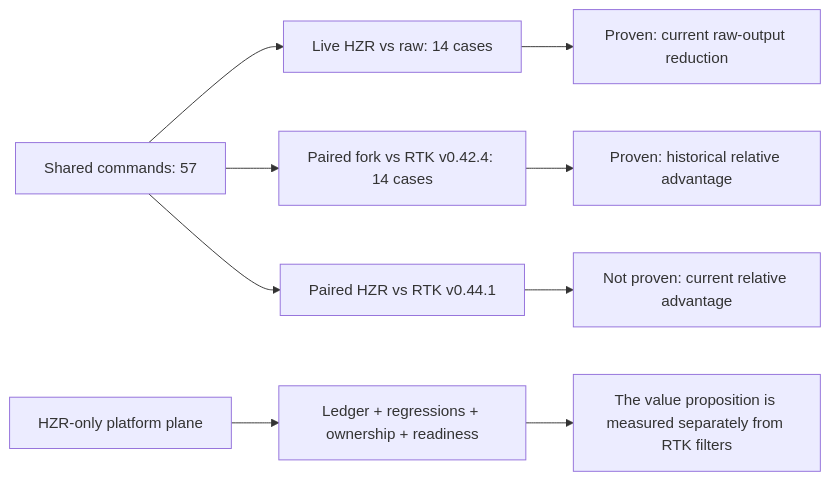
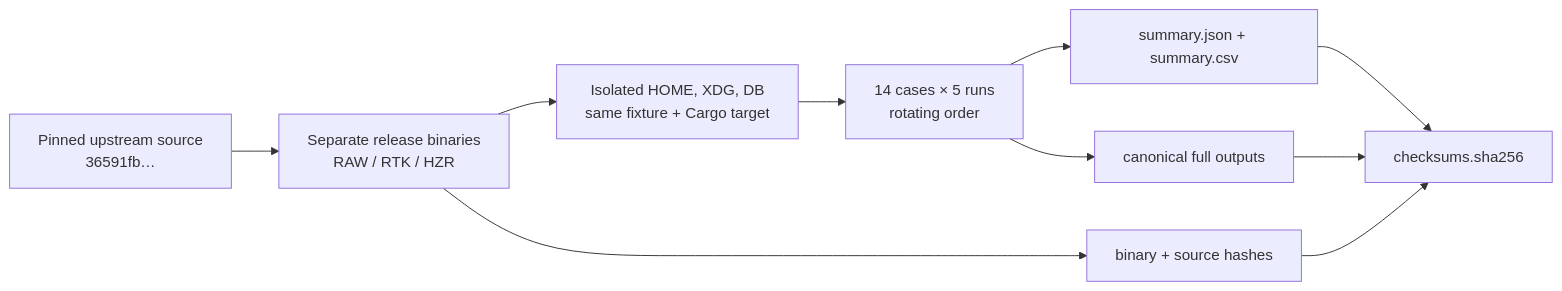
The first of 3 diagrams in PRD_BENCHMARK_HZR_VS_UPSTREAM_RTK.md (heAdz0r/hzr), drawn with Mermaid before and after one commit. The commit also changed other lines of this file and 178 other files, not shown here.

Commit message:
feat: ship HZR 0.3.0 control plane

````diff
--- a/PRD_BENCHMARK_HZR_VS_UPSTREAM_RTK.md
+++ b/PRD_BENCHMARK_HZR_VS_UPSTREAM_RTK.md
@@ -54,11 +32,12 @@
 ```mermaid
 flowchart LR
-    A["Shared commands: 57"] --> B["Live HZR vs raw: 14 cases"]
-    A --> C["Paired fork vs RTK v0.42.4: 14 cases"]
-    A --> D["Paired HZR vs RTK v0.44.1"]
-    B --> E["Proven: current raw-output reduction"]
-    C --> F["Proven: historical relative advantage"]
-    D --> G["Not proven: current relative advantage"]
-    H["HZR-only platform plane"] --> I["Ledger + regressions + ownership + readiness"]
-    I --> J["The value proposition is measured separately from RTK filters"]
+    S["Pinned upstream source<br/>36591fb…"] --> B["Separate release binaries<br/>RAW / RTK / HZR"]
+    B --> E["Isolated HOME, XDG, DB<br/>same fixture + Cargo target"]
+    E --> R["14 cases × 5 runs<br/>rotating order"]
+    R --> J["summary.json + summary.csv"]
+    R --> O["canonical full outputs"]
+    B --> H["binary + source hashes"]
+    J --> C["checksums.sha256"]
+    O --> C
+    H --> C
 ```
````
